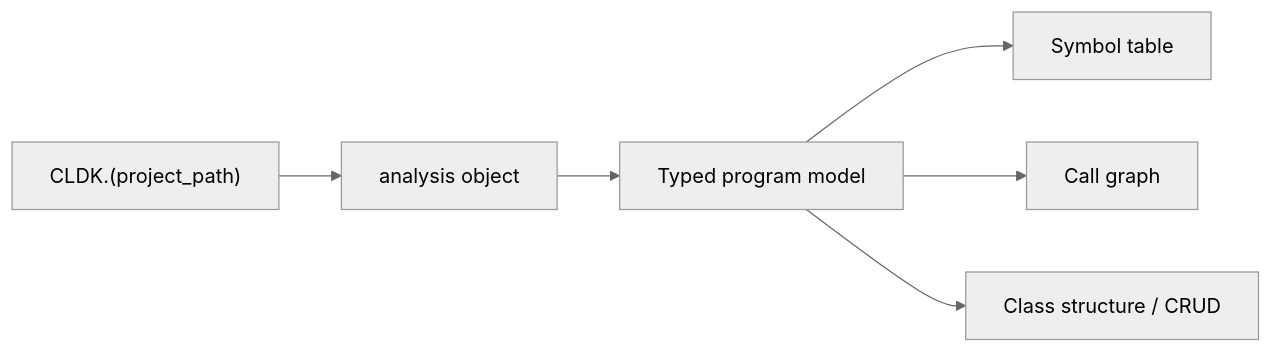
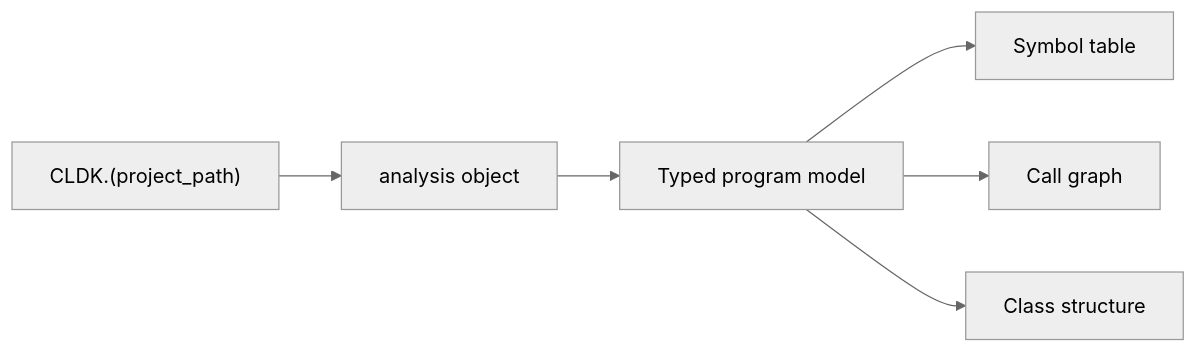
One commit to codellm-devkit/docs changed the diagram in src/content/docs/what-is-cldk.mdx. Above: the diagram before and after it, drawn with Mermaid (neutral theme). The commit also changed other lines of this file and 22 other files, not shown here.

````diff
--- a/src/content/docs/what-is-cldk.mdx
+++ b/src/content/docs/what-is-cldk.mdx
@@ -69,8 +69,8 @@
 ```mermaid
 flowchart LR
     A["CLDK.<lang>(project_path)"] --> B["analysis object"]
     B --> C["Typed program model"]
     C --> D["Symbol table"]
     C --> E["Call graph"]
-    C --> F["Class structure / CRUD"]
+    C --> F["Class structure"]
 ```
````
